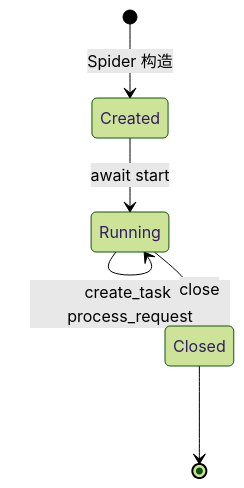
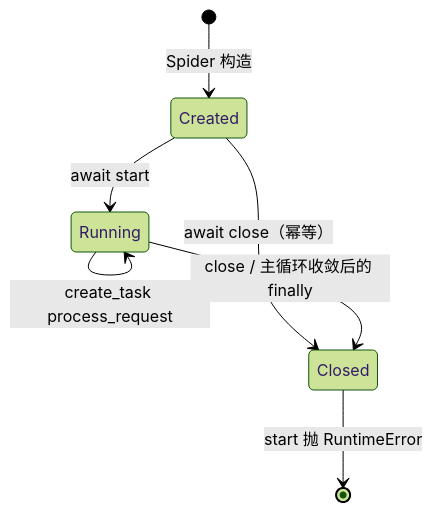
One commit to fengqimin/WebAnts changed the diagram in docs/wiki/02-backend-api.md. Above: the diagram before and after it, drawn with Mermaid (forest theme). The commit also changed other lines of this file and 9 other files, not shown here.

````diff
--- a/docs/wiki/02-backend-api.md
+++ b/docs/wiki/02-backend-api.md
@@ -9,8 +9,9 @@
 ```mermaid
 stateDiagram-v2
     [*] --> Created: Spider 构造
     Created --> Running: await start
+    Created --> Closed: await close（幂等）
     Running --> Running: create_task process_request
-    Running --> Closed: close
-    Closed --> [*]
+    Running --> Closed: close / 主循环收敛后的 finally
+    Closed --> [*]: start 抛 RuntimeError
 ```
````
